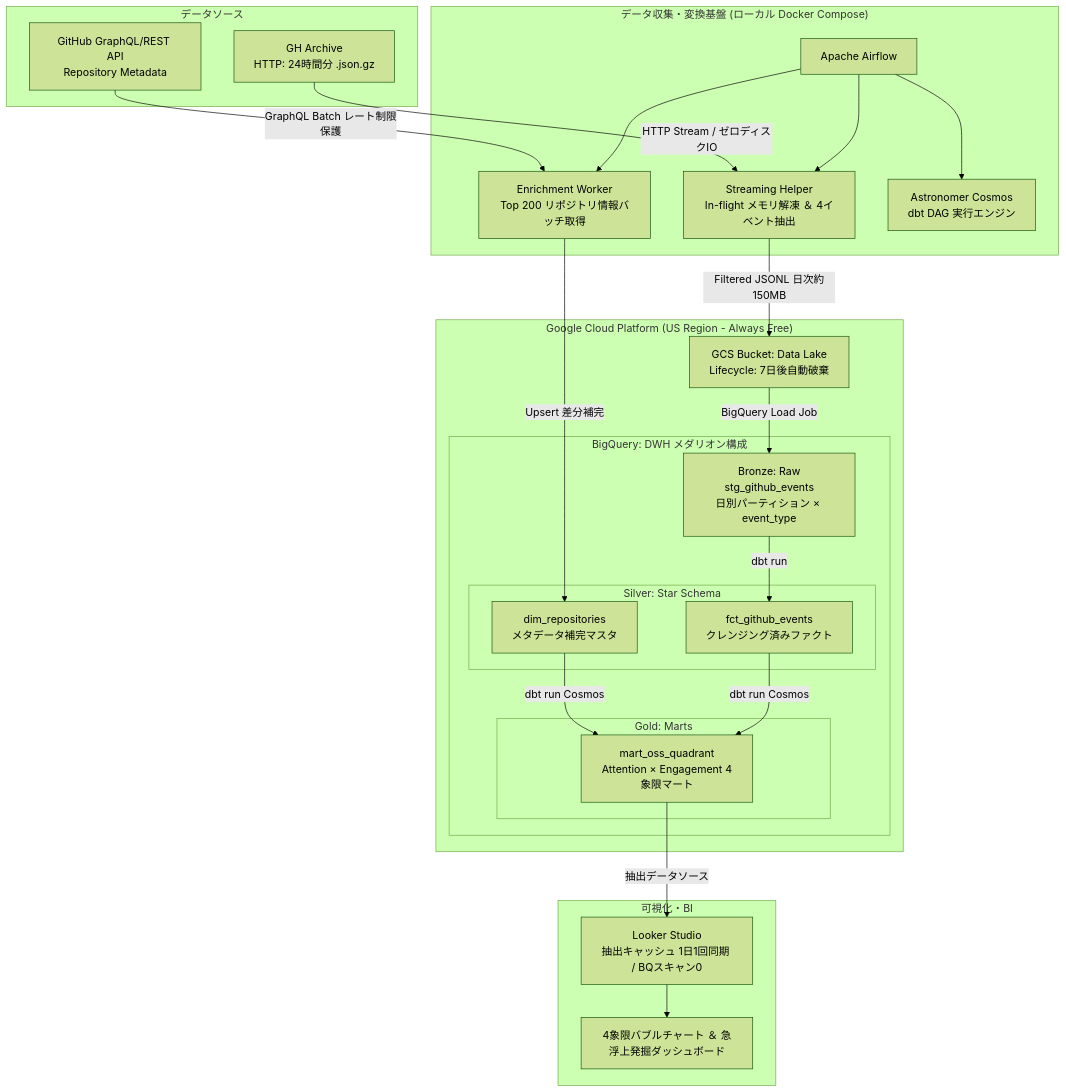
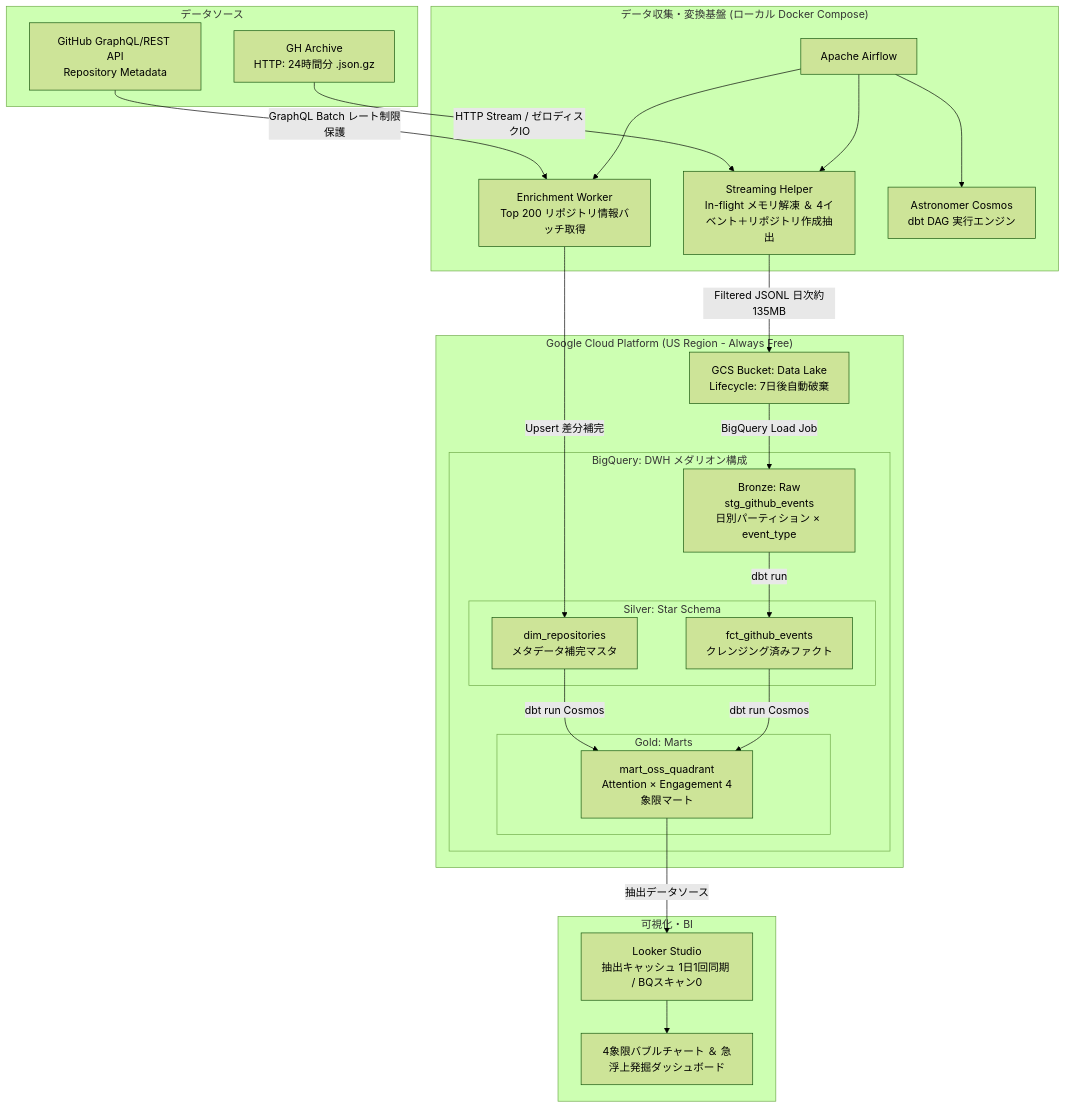
One commit to xzyozi/gh-archive-lakehouse changed the diagram in docs/design/BD-001_基本設計書.md. Above: the diagram before and after it, drawn with Mermaid (forest theme). The commit also changed other lines of this file and 5 other files, not shown here.

````diff
--- a/docs/design/BD-001_基本設計書.md
+++ b/docs/design/BD-001_基本設計書.md
@@ -88,54 +88,54 @@
 ```mermaid
 flowchart TD
     subgraph Source ["データソース"]
         GHA["GH Archive<br/>HTTP: 24時間分 .json.gz"]
         GHAPI["GitHub GraphQL/REST API<br/>Repository Metadata"]
     end
 
     subgraph Ingestion ["データ収集・変換基盤 (ローカル Docker Compose)"]
         Airflow["Apache Airflow"]
-        StreamEngine["Streaming Helper<br/>In-flight メモリ解凍 ＆ 4イベント抽出"]
+        StreamEngine["Streaming Helper<br/>In-flight メモリ解凍 ＆ 4イベント＋リポジトリ作成抽出"]
         EnrichTask["Enrichment Worker<br/>Top 200 リポジトリ情報バッチ取得"]
         Cosmos["Astronomer Cosmos<br/>dbt DAG 実行エンジン"]
         
         Airflow --> StreamEngine
         Airflow --> EnrichTask
         Airflow --> Cosmos
     end
 
     subgraph GCP ["Google Cloud Platform (US Region - Always Free)"]
         GCS["GCS Bucket: Data Lake<br/>Lifecycle: 7日後自動破棄"]
         
         subgraph BigQuery ["BigQuery: DWH メダリオン構成"]
             Bronze["Bronze: Raw<br/>stg_github_events<br/>日別パーティション × event_type"]
             
             subgraph Silver ["Silver: Star Schema"]
                 FCT["fct_github_events<br/>クレンジング済みファクト"]
                 DIM["dim_repositories<br/>メタデータ補完マスタ"]
             end
             
             subgraph Gold ["Gold: Marts"]
                 MART["mart_oss_quadrant<br/>Attention × Engagement 4象限マート"]
             end
         end
     end
 
     subgraph Visualization ["可視化・BI"]
         Looker["Looker Studio<br/>抽出キャッシュ 1日1回同期 / BQスキャン0"]
         Dashboard["4象限バブルチャート ＆ 急浮上発掘ダッシュボード"]
         Looker --> Dashboard
     end
 
     GHA -->|HTTP Stream / ゼロディスクIO| StreamEngine
-    StreamEngine -->|Filtered JSONL 日次約150MB| GCS
+    StreamEngine -->|Filtered JSONL 日次約135MB| GCS
     GCS -->|BigQuery Load Job| Bronze
     
     Bronze -->|dbt run| FCT
     EnrichTask -->|Upsert 差分補完| DIM
     GHAPI -->|GraphQL Batch レート制限保護| EnrichTask
     
     FCT -->|dbt run Cosmos| MART
     DIM -->|dbt run Cosmos| MART
     
     MART -->|抽出データソース| Looker
 ```
````
